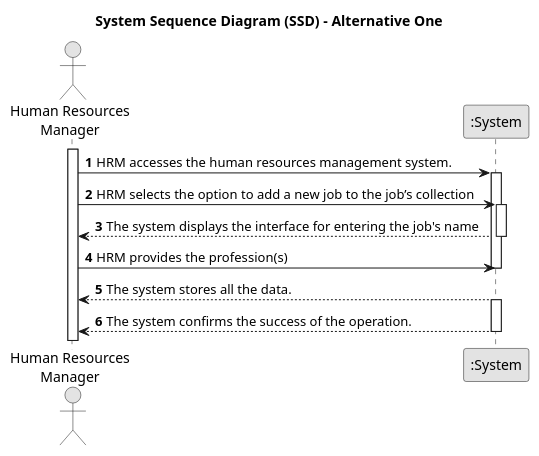
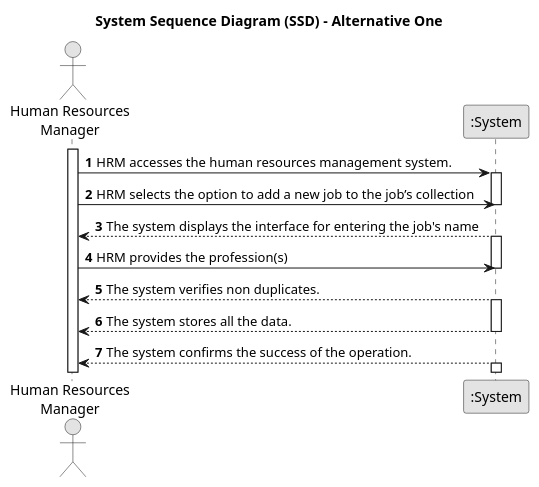
One commit to SAEmanuel/Green_Spaces_Management_ISEP changed the diagram in docs/sprintA/us002/01.requirements-engineering/puml/us002-system-sequence-diagram-alternative-one.puml. Above: the diagram before and after it, drawn with PlantUML.

Commit message:
US002 - Version 8 SVG file update

```diff
--- a/docs/sprintA/us002/01.requirements-engineering/puml/us002-system-sequence-diagram-alternative-one.puml
+++ b/docs/sprintA/us002/01.requirements-engineering/puml/us002-system-sequence-diagram-alternative-one.puml
@@ -1,35 +1,38 @@
 @startuml
 skinparam monochrome true
 skinparam packageStyle rectangle
 skinparam shadowing false
 
 title System Sequence Diagram (SSD) - Alternative One
 
 autonumber
 
 actor "Human Resources\nManager" as HRM
 participant ":System" as System
 
 activate HRM
 
     HRM -> System : HRM accesses the human resources management system.
     activate System
 
      HRM -> System : HRM selects the option to add a new job to the job’s collection
-    activate System
+    deactivate System
 
         System --> HRM : The system displays the interface for entering the job's name
-    deactivate System
+    activate System
 
         HRM -> System : HRM provides the profession(s)
     deactivate System
 
+    System --> HRM : The system verifies non duplicates.
+        activate System
+
     System --> HRM : The system stores all the data.
-    activate System
+    deactivate System
 
         System --> HRM : The system confirms the success of the operation.
-    deactivate System
+    activate System
 
 
 
 @enduml
```
